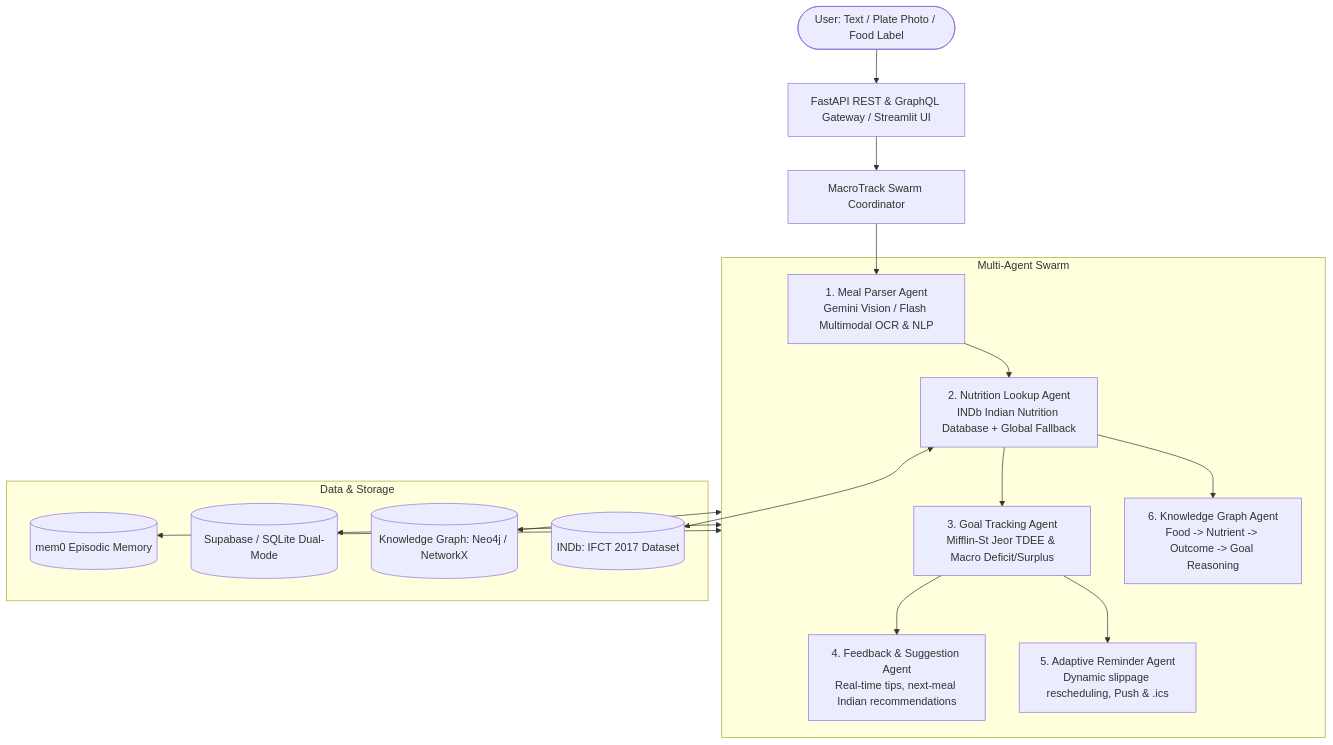
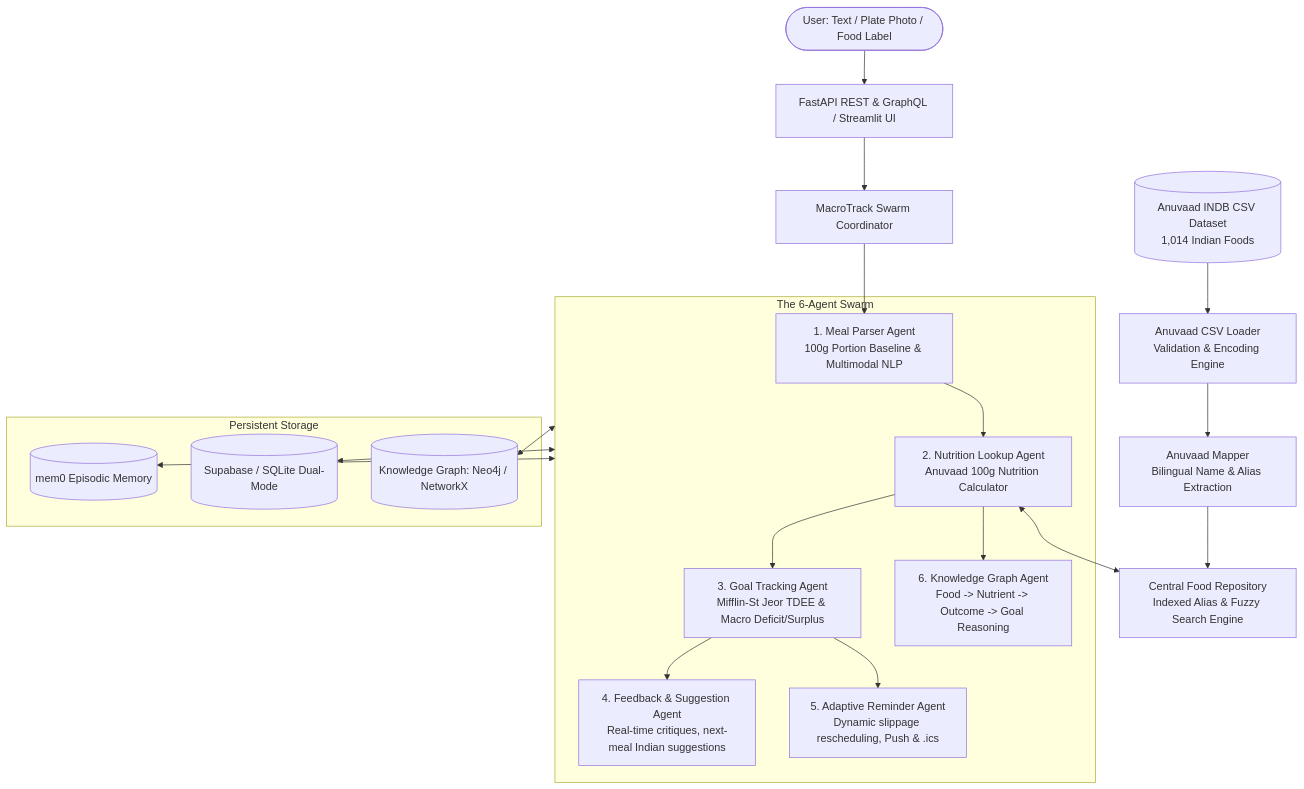
The diagram in README.md (CoderDart/MacroTrack), drawn with Mermaid before and after one commit. The commit also changed other lines of this file and 21 other files, not shown here.

Commit message:
Enforce strict INDB food matching

````diff
--- a/README.md
+++ b/README.md
@@ -9,33 +9,36 @@
 ```mermaid
 flowchart TD
-    User([User: Text / Plate Photo / Food Label]) --> Gateway[FastAPI REST & GraphQL Gateway / Streamlit UI]
+    CSV[(Anuvaad INDB CSV Dataset\n1,014 Indian Foods)] --> Loader[Anuvaad CSV Loader\nValidation & Encoding Engine]
+    Loader --> Mapper[Anuvaad Mapper\nBilingual Name & Alias Extraction]
+    Mapper --> Repo[Central Food Repository\nIndexed Alias & Fuzzy Search Engine]
+    
+    User([User: Text / Plate Photo / Food Label]) --> Gateway[FastAPI REST & GraphQL / Streamlit UI]
     Gateway --> Orchestrator[MacroTrack Swarm Coordinator]
 
-    subgraph Swarm [Multi-Agent Swarm]
-        MealParser[1. Meal Parser Agent\nGemini Vision / Flash Multimodal OCR & NLP]
-        NutriLookup[2. Nutrition Lookup Agent\nINDb Indian Nutrition Database + Global Fallback]
+    subgraph Swarm [The 6-Agent Swarm]
+        MealParser[1. Meal Parser Agent\n100g Portion Baseline & Multimodal NLP]
+        NutriLookup[2. Nutrition Lookup Agent\nAnuvaad 100g Nutrition Calculator]
         GoalTracker[3. Goal Tracking Agent\nMifflin-St Jeor TDEE & Macro Deficit/Surplus]
-        FeedbackAgent[4. Feedback & Suggestion Agent\nReal-time tips, next-meal Indian recommendations]
+        FeedbackAgent[4. Feedback & Suggestion Agent\nReal-time critiques, next-meal Indian suggestions]
         ReminderAgent[5. Adaptive Reminder Agent\nDynamic slippage rescheduling, Push & .ics]
         KGAgent[6. Knowledge Graph Agent\nFood -> Nutrient -> Outcome -> Goal Reasoning]
     end
 
     Orchestrator --> MealParser
     MealParser --> NutriLookup
+    NutriLookup <--> Repo
     NutriLookup --> GoalTracker
     GoalTracker --> FeedbackAgent
     GoalTracker --> ReminderAgent
     NutriLookup --> KGAgent
 
-    subgraph Data_Layer [Data & Storage]
+    subgraph Data_Layer [Persistent Storage]
         Mem0[(mem0 Episodic Memory)]
         DB[(Supabase / SQLite Dual-Mode)]
         GraphDB[(Knowledge Graph: Neo4j / NetworkX)]
-        INDB[(INDb: IFCT 2017 Dataset)]
     end
 
     Swarm <--> Mem0
     Swarm <--> DB
     Swarm <--> GraphDB
-    NutriLookup <--> INDB
 ```
````
